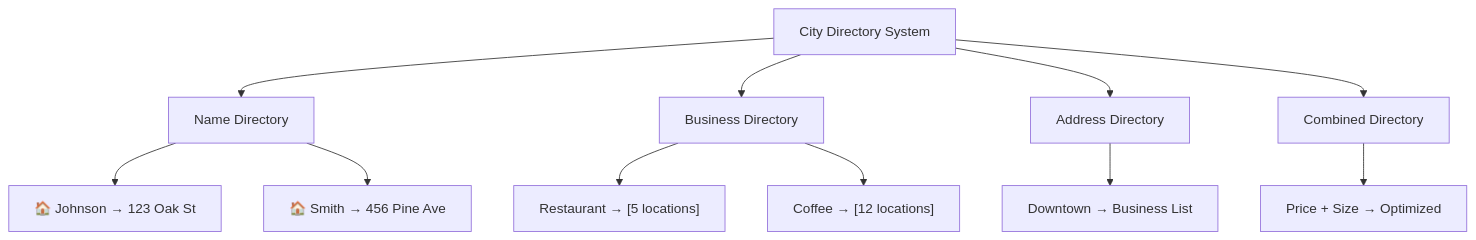
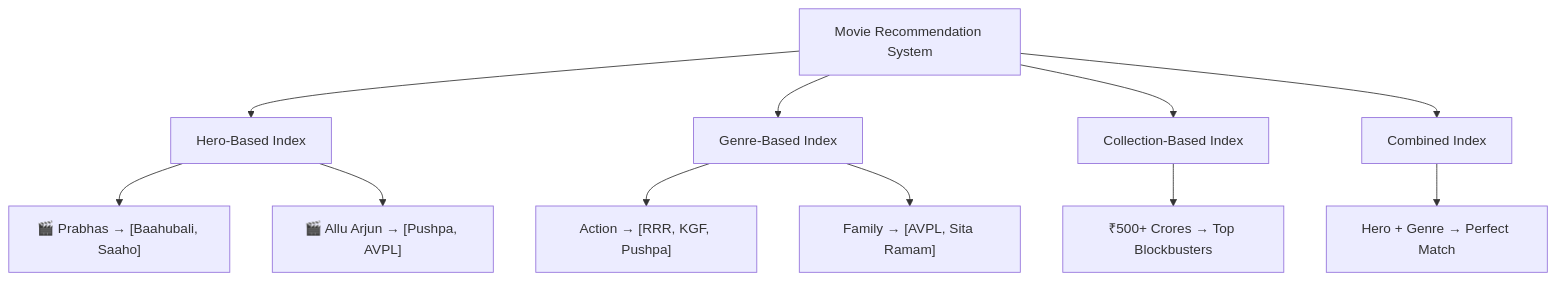
One commit to viswanathsandu/QuickGuides changed the seventh of 11 diagrams in mongodb-nature-guide.md. Above: the diagram before and after it, drawn with Mermaid. The commit also changed other lines of this file, not shown here.

Commit message:
Update based on review with better examples

````diff
--- a/mongodb-nature-guide.md
+++ b/mongodb-nature-guide.md
@@ -470,17 +589,17 @@
 ```mermaid
 graph TB
-    A[City Directory System] --> B[Name Directory]
-    A --> C[Business Directory]  
-    A --> D[Address Directory]
-    A --> E[Combined Directory]
+    A[Movie Recommendation System] --> B[Hero-Based Index]
+    A --> C[Genre-Based Index]  
+    A --> D[Collection-Based Index]
+    A --> E[Combined Index]
     
-    B --> B1["🏠 Johnson → 123 Oak St"]
-    B --> B2["🏠 Smith → 456 Pine Ave"]
+    B --> B1["🎬 Prabhas → [Baahubali, Saaho]"]
+    B --> B2["🎬 Allu Arjun → [Pushpa, AVPL]"]
     
-    C --> C1["Restaurant → [5 locations]"]
-    C --> C2["Coffee → [12 locations]"]
+    C --> C1["Action → [RRR, KGF, Pushpa]"]
+    C --> C2["Family → [AVPL, Sita Ramam]"]
     
-    D --> D1["Downtown → Business List"]
+    D --> D1["₹500+ Crores → Top Blockbusters"]
     
-    E --> E1["Price + Size → Optimized"]
+    E --> E1["Hero + Genre → Perfect Match"]
 ```
````
